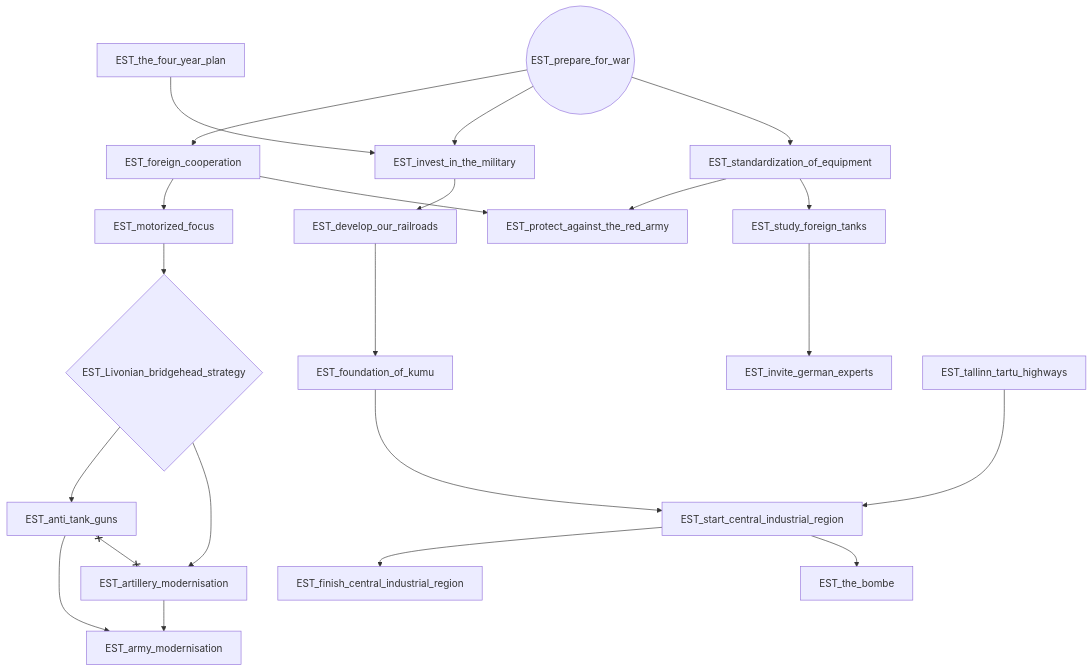
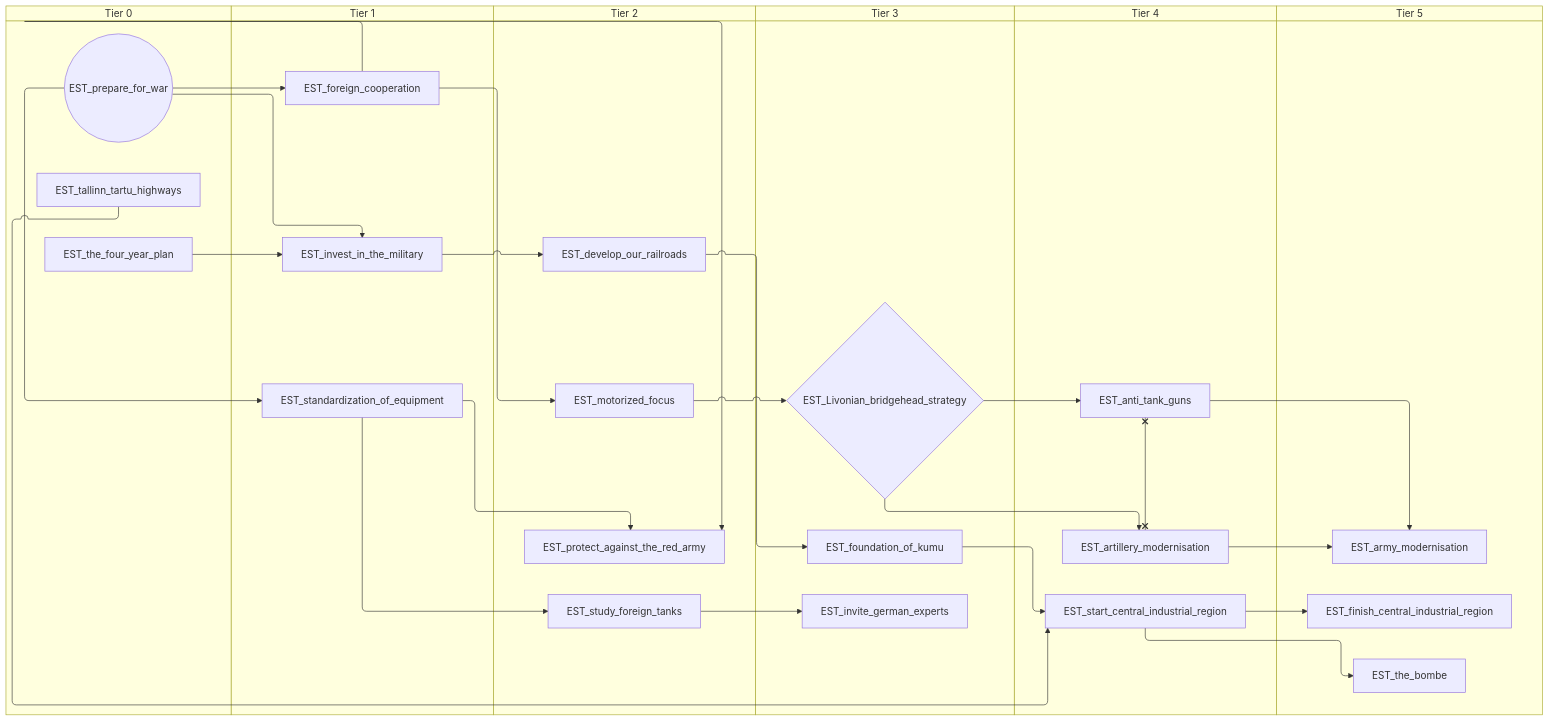
The third of 4 diagrams in docs/gdd/National Focuses/r56/r56_estonia_shared.md (evgeny-sobol/hoi4-sandbox-mode-r56), drawn with Mermaid before and after one commit. The commit also changed other lines of this file and 423 other files, not shown here.

First line of the commit message:
Re-export Rt56 focus trees as swimlane diagrams

````diff
--- a/docs/gdd/National Focuses/r56/r56_estonia_shared.md
+++ b/docs/gdd/National Focuses/r56/r56_estonia_shared.md
@@ -46,43 +62,55 @@
 ```mermaid
-flowchart TD
-    n15{"EST_Livonian_bridgehead_strategy"}
-    n16["EST_anti_tank_guns"]
-    n17["EST_army_modernisation"]
-    n18["EST_artillery_modernisation"]
-    n19["EST_develop_our_railroads"]
-    n20["EST_finish_central_industrial_region"]
-    n21["EST_foreign_cooperation"]
-    n22["EST_foundation_of_kumu"]
-    n23["EST_invest_in_the_military"]
-    n24["EST_invite_german_experts"]
-    n25["EST_motorized_focus"]
-    n26(("EST_prepare_for_war"))
-    n27["EST_protect_against_the_red_army"]
-    n28["EST_standardization_of_equipment"]
-    n29["EST_start_central_industrial_region"]
-    n30["EST_study_foreign_tanks"]
-    n31["EST_tallinn_tartu_highways"]
-    n32["EST_the_bombe"]
-    n33["EST_the_four_year_plan"]
-    n25 --> n15
-    n15 --> n16
-    n16 --> n17
-    n18 --> n17
+swimlane-beta TD
+    subgraph tier_0["Tier 0"]
+        n15(("EST_prepare_for_war"))
+        n16["EST_tallinn_tartu_highways"]
+        n17["EST_the_four_year_plan"]
+    end
+    subgraph tier_1["Tier 1"]
+        n18["EST_foreign_cooperation"]
+        n19["EST_invest_in_the_military"]
+        n20["EST_standardization_of_equipment"]
+    end
+    subgraph tier_2["Tier 2"]
+        n21["EST_develop_our_railroads"]
+        n22["EST_motorized_focus"]
+        n23["EST_protect_against_the_red_army"]
+        n24["EST_study_foreign_tanks"]
+    end
+    subgraph tier_3["Tier 3"]
+        n25{"EST_Livonian_bridgehead_strategy"}
+        n26["EST_foundation_of_kumu"]
+        n27["EST_invite_german_experts"]
+    end
+    subgraph tier_4["Tier 4"]
+        n28["EST_anti_tank_guns"]
+        n29["EST_artillery_modernisation"]
+        n30["EST_start_central_industrial_region"]
+    end
+    subgraph tier_5["Tier 5"]
+        n31["EST_army_modernisation"]
+        n32["EST_finish_central_industrial_region"]
+        n33["EST_the_bombe"]
+    end
+    n22 --> n25
+    n25 --> n28
+    n28 --> n31
+    n29 --> n31
+    n25 --> n29
+    n19 --> n21
+    n30 --> n32
     n15 --> n18
-    n23 --> n19
-    n29 --> n20
-    n26 --> n21
-    n19 --> n22
-    n33 --> n23
-    n26 --> n23
-    n30 --> n24
-    n21 --> n25
-    n21 --> n27
-    n28 --> n27
-    n26 --> n28
-    n31 --> n29
-    n22 --> n29
-    n28 --> n30
-    n29 --> n32
-    n16 x--x n18
+    n21 --> n26
+    n17 --> n19
+    n15 --> n19
+    n24 --> n27
+    n18 --> n22
+    n18 --> n23
+    n20 --> n23
+    n15 --> n20
+    n16 --> n30
+    n26 --> n30
+    n20 --> n24
+    n30 --> n33
+    n28 x--x n29
 ```
````
